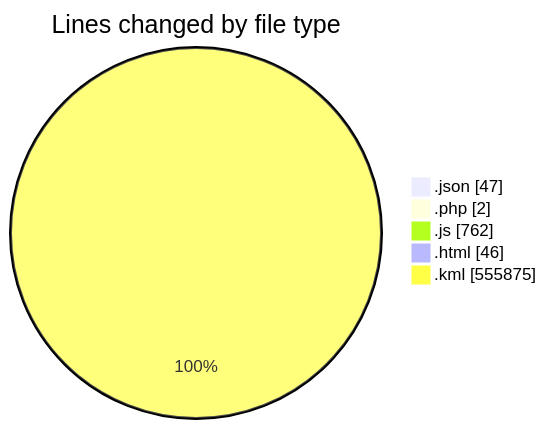
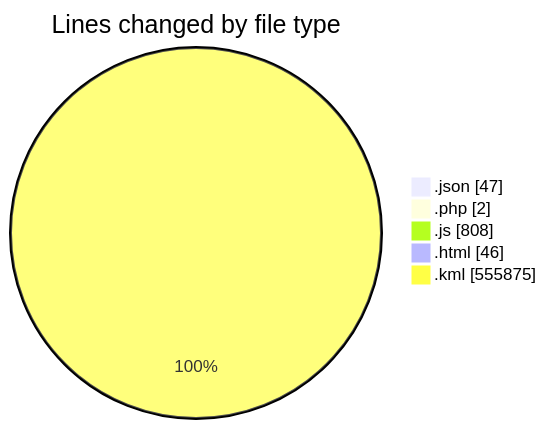
One commit to LanceThiago/code-tracking changed the first of 2 diagrams in 2025-03-27/kml/README.md. Above: the diagram before and after it, drawn with Mermaid. The commit also changed other lines of this file and 1 other file, not shown here.

````diff
--- a/2025-03-27/kml/README.md
+++ b/2025-03-27/kml/README.md
@@ -28,9 +28,9 @@
 ```mermaid
 pie showData
 title Lines changed by file type
 ".json" : 47
 ".php" : 2
-".js" : 762
+".js" : 808
 ".html" : 46
 ".kml" : 555875
 ```
````
